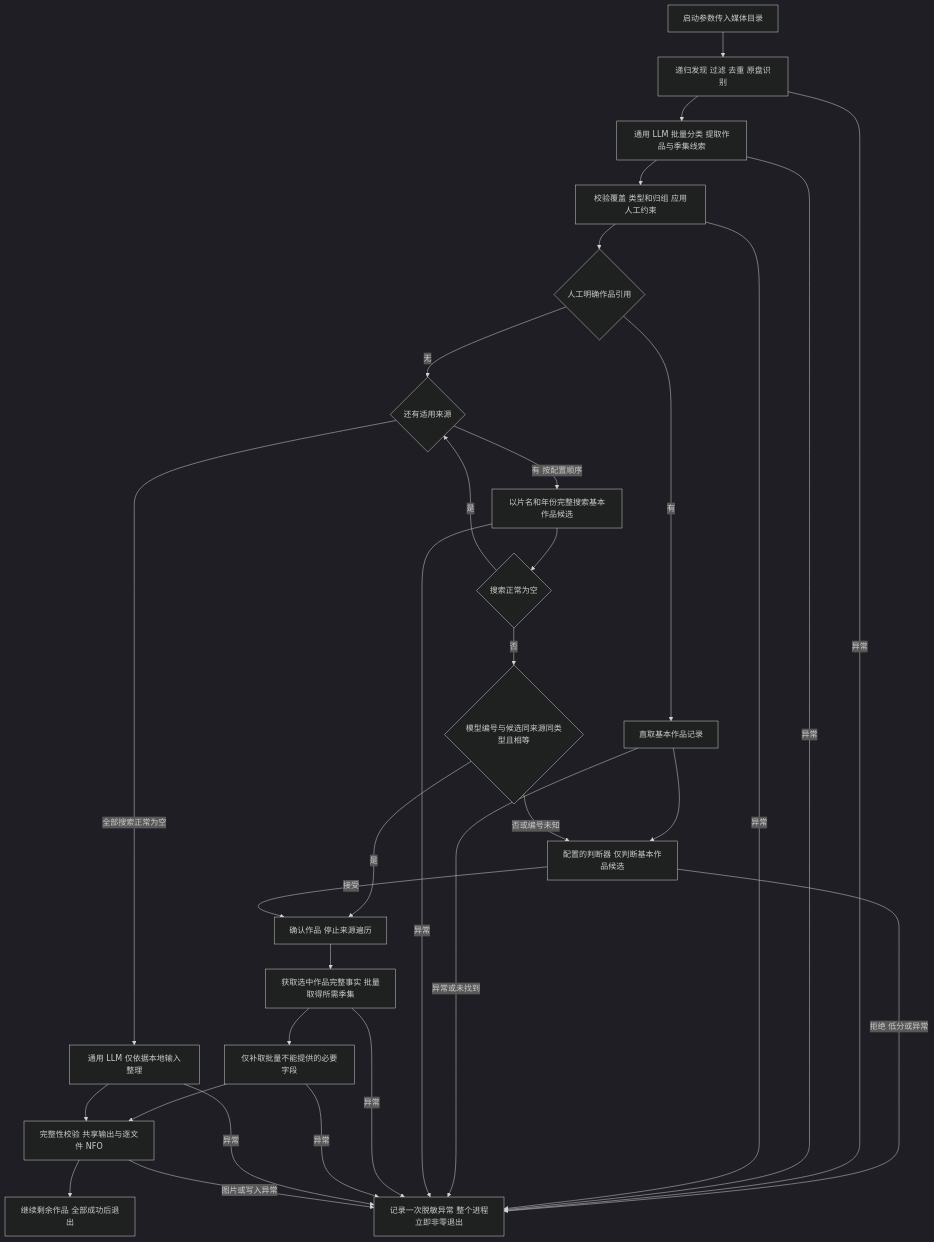
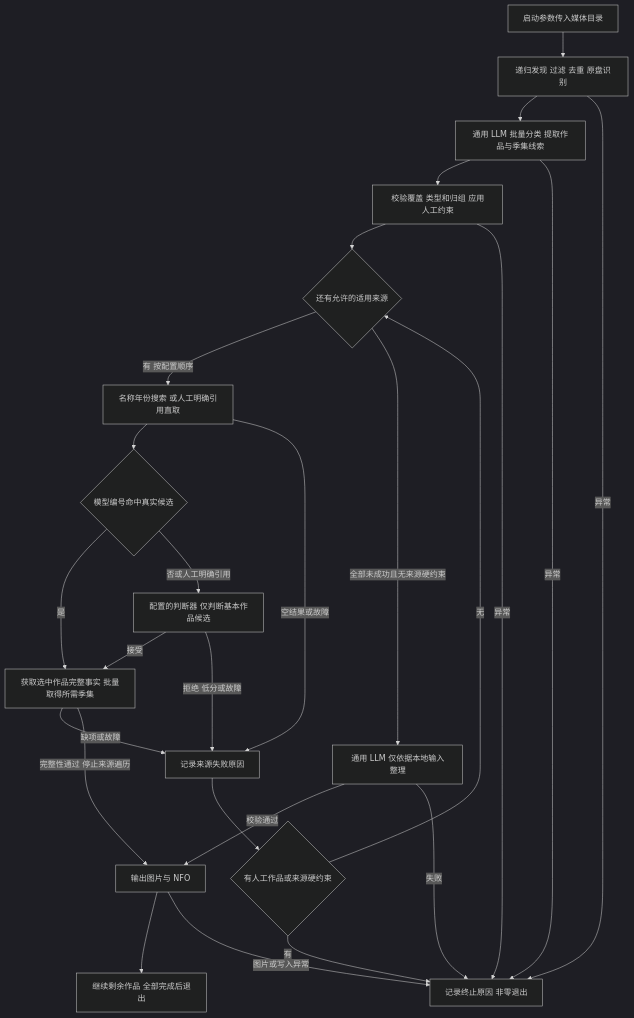
The diagram in docs/metadata-providers.md (0987363/kodi-metadata-tmdb-cli), drawn with Mermaid (dark theme) before and after one commit. The commit also changed other lines of this file and 18 other files, not shown here.

````diff
--- a/docs/metadata-providers.md
+++ b/docs/metadata-providers.md
@@ -27,33 +27,27 @@
 ```mermaid
 flowchart TD
     A[启动参数传入媒体目录] --> B[递归发现 过滤 去重 原盘识别]
     B --> C[通用 LLM 批量分类 提取作品与季集线索]
     C --> V[校验覆盖 类型和归组 应用人工约束]
-    V --> R{人工明确作品引用}
-    R -->|有| P[直取基本作品记录]
-    P --> G[配置的判断器 仅判断基本作品候选]
-    R -->|无| D{还有适用来源}
-    D -->|有 按配置顺序| E[以片名和年份完整搜索基本作品候选]
-    E --> F{搜索正常为空}
-    F -->|是| D
-    F -->|否| Q{模型编号与候选同来源同类型且相等}
-    Q -->|是| H[确认作品 停止来源遍历]
-    Q -->|否或编号未知| G
-    G -->|接受| H
-    G -->|拒绝 低分或异常| X
-    D -->|全部搜索正常为空| L[通用 LLM 仅依据本地输入整理]
-    H --> I[获取选中作品完整事实 批量取得所需季集]
-    I --> N[仅补取批量不能提供的必要字段]
-    N --> J[完整性校验 共享输出与逐文件 NFO]
-    L --> J
-    J --> Z[继续剩余作品 全部成功后退出]
-    B -->|异常| X[记录一次脱敏异常 整个进程立即非零退出]
+    V --> D{还有允许的适用来源}
+    D -->|有 按配置顺序| E[名称年份搜索 或人工明确引用直取]
+    E --> Q{模型编号命中真实候选}
+    Q -->|是| I[获取选中作品完整事实 批量取得所需季集]
+    Q -->|否或人工明确引用| G[配置的判断器 仅判断基本作品候选]
+    G -->|接受| I
+    E -->|空结果或故障| F[记录来源失败原因]
+    G -->|拒绝 低分或故障| F
+    I -->|缺项或故障| F
+    F --> M{有人工作品或来源硬约束}
+    M -->|无| D
+    M -->|有| X[记录终止原因 非零退出]
+    D -->|全部未成功且无来源硬约束| L[通用 LLM 仅依据本地输入整理]
+    I -->|完整性通过 停止来源遍历| J[输出图片与 NFO]
+    L -->|校验通过| J
+    L -->|失败| X
+    J --> Z[继续剩余作品 全部完成后退出]
+    B -->|异常| X
     C -->|异常| X
     V -->|异常| X
-    P -->|异常或未找到| X
-    E -->|异常| X
-    I -->|异常| X
-    N -->|异常| X
-    L -->|异常| X
     J -->|图片或写入异常| X
 ```
````
